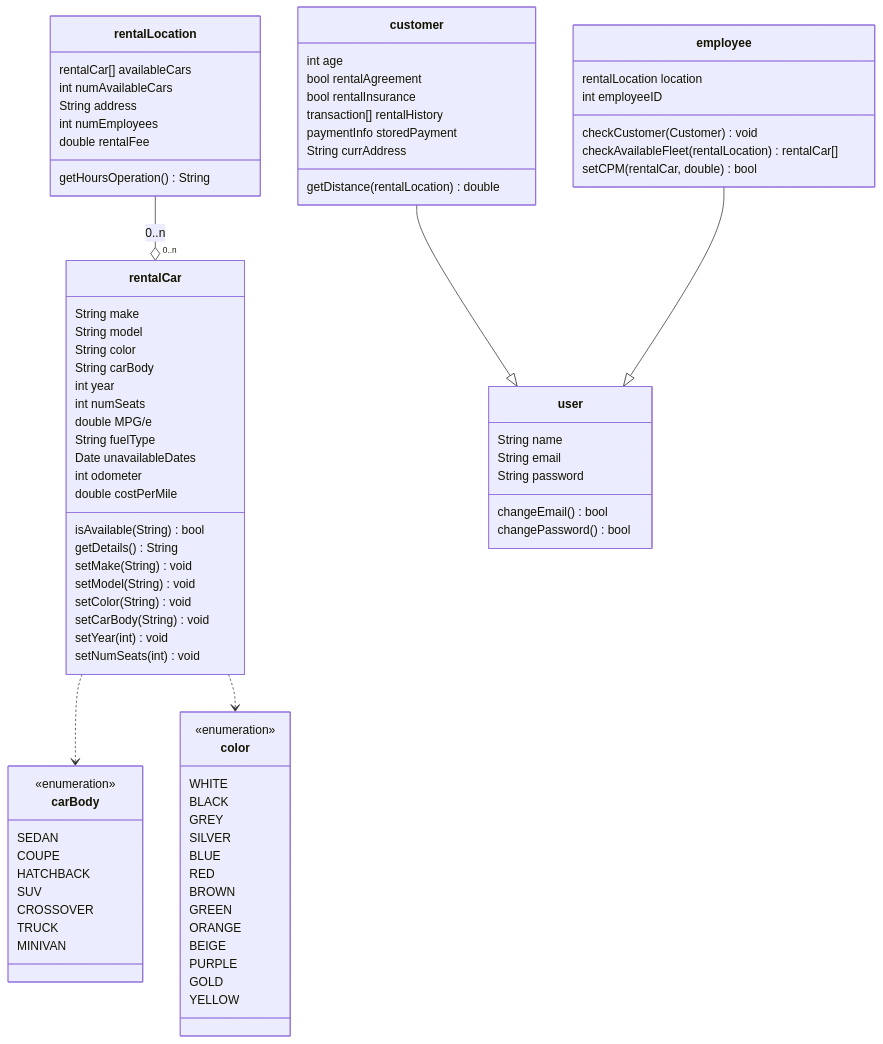
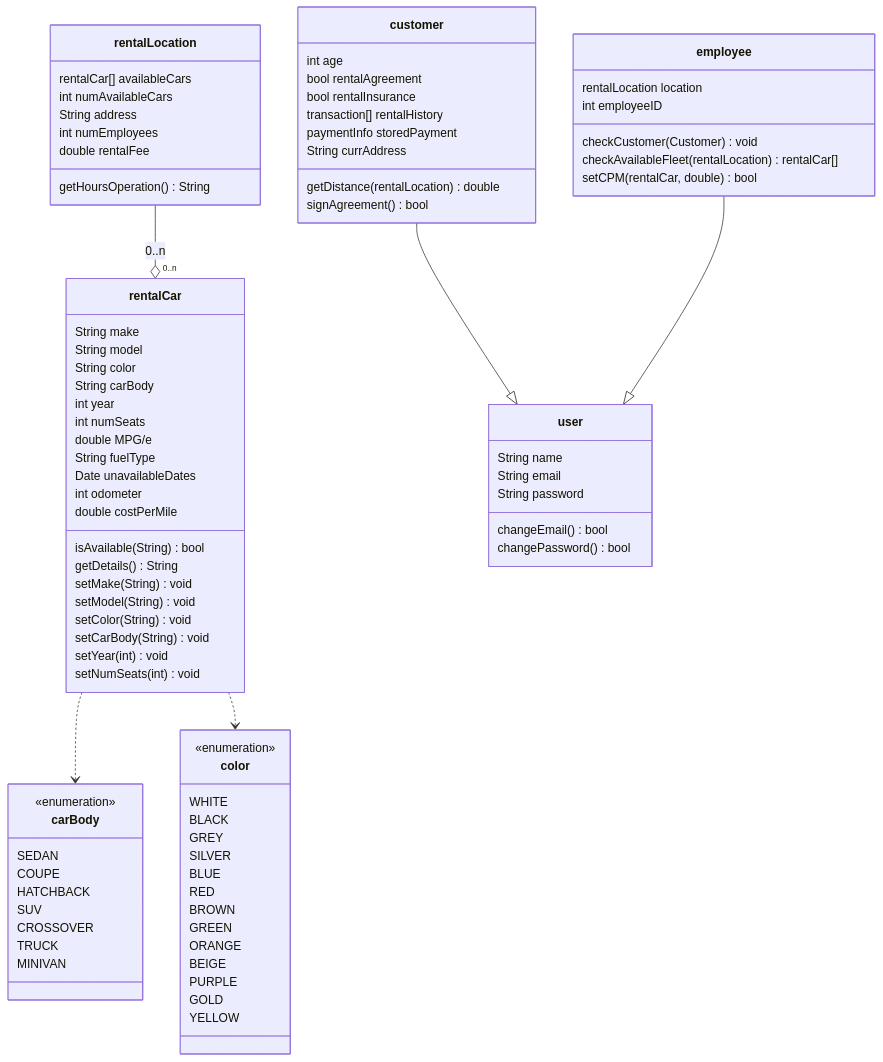
One commit to bczuniga/CS250-Sp23-Group13 changed the diagram in UML Car Rental.md. Above: the diagram before and after it, drawn with Mermaid.

Commit message:
Updated UML Car Rental.md

```diff
--- a/UML Car Rental.md
+++ b/UML Car Rental.md
@@ -27,6 +27,7 @@
         String currAddress
         
         getDistance(rentalLocation) double
+        signAgreement() bool
     }
     
     class employee {
```
